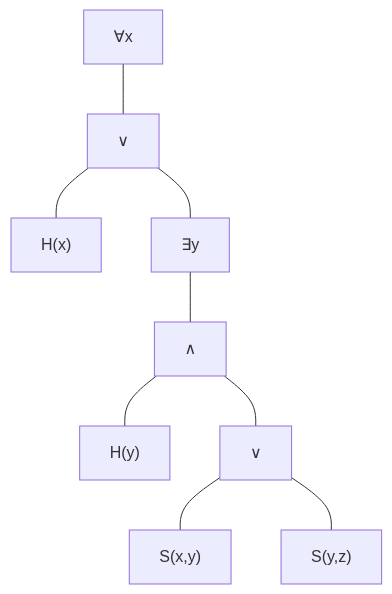
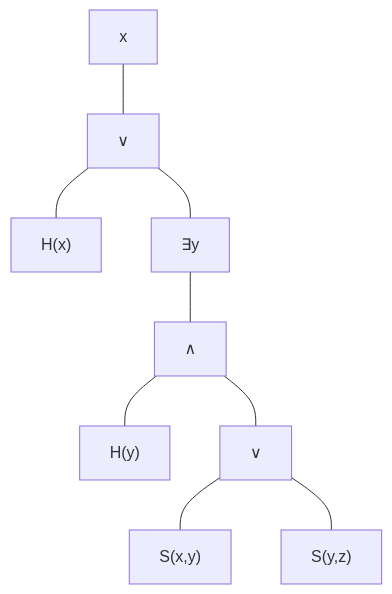
Before and after one commit to JulianTurner/wikijs: the diagram in fom/semester-5/kuenstliche-intelligenz/fragen-handout.md, drawn with Mermaid. The commit also changed other lines of this file, not shown here.

Commit message:
docs: update fom/semester-5/kuenstliche-intelligenz/fragen-handout

````diff
--- a/fom/semester-5/kuenstliche-intelligenz/fragen-handout.md
+++ b/fom/semester-5/kuenstliche-intelligenz/fragen-handout.md
@@ -471,33 +472,23 @@
 ```mermaid
+
 graph TD
 
-
-
-A[∀x]
-B[∨]
+A["x"]
+B["∨"]
 C["H(x)"]
-D[∃y]
+D["∃y"]
 E["∧"]
 F["H(y)"]
 G["∨"]
 H["S(x,y)"]
 I["S(y,z)"]
 
 A --- B
-
 B --- C
-
 B --- D
-
 D --- E
-
 E --- F
-
 E --- G
-
 G --- H
-
 G --- I
-
-
 ```
````
